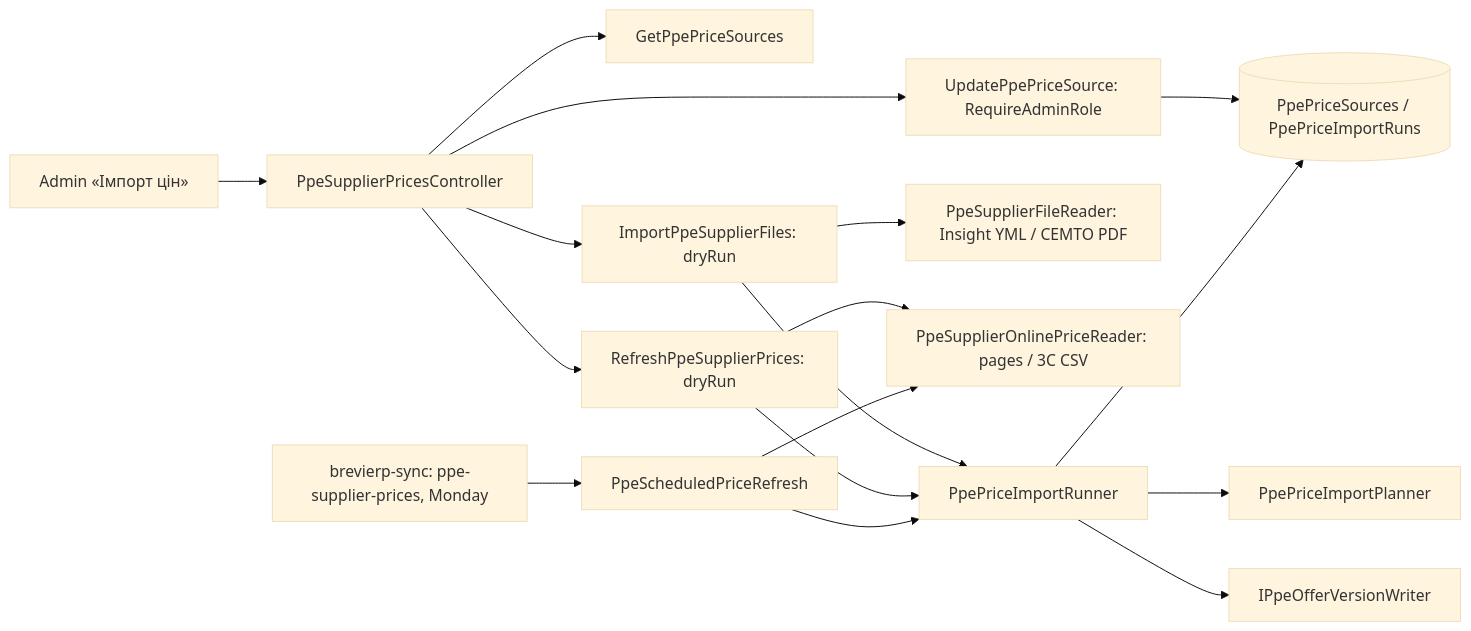
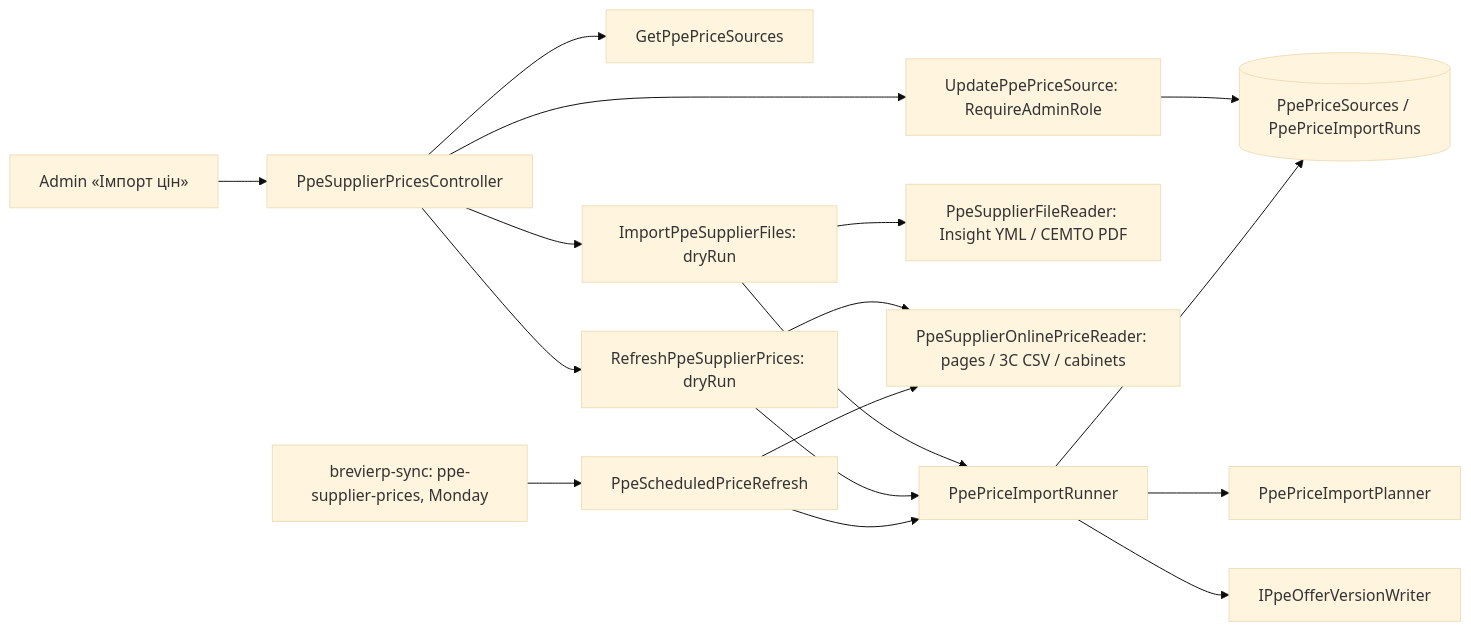
The diagram in docs/sdd/features/catalog/ppe-supplier-prices.md (Weretik/BreviERP), drawn with Mermaid (base theme) before and after one commit. The commit also changed other lines of this file and 27 other files, not shown here.

````diff
--- a/docs/sdd/features/catalog/ppe-supplier-prices.md
+++ b/docs/sdd/features/catalog/ppe-supplier-prices.md
@@ -7,19 +7,19 @@
 ```mermaid
 flowchart LR
   Admin[Admin «Імпорт цін»] --> API[PpeSupplierPricesController]
   API --> List[GetPpePriceSources]
   API --> Settings[UpdatePpePriceSource: RequireAdminRole]
   API --> Import[ImportPpeSupplierFiles: dryRun]
   API --> Refresh[RefreshPpeSupplierPrices: dryRun]
   Job[brevierp-sync: ppe-supplier-prices, Monday] --> Scheduled[PpeScheduledPriceRefresh]
   Import --> Reader[PpeSupplierFileReader: Insight YML / СЕМТО PDF]
-  Refresh --> Online[PpeSupplierOnlinePriceReader: pages / 3C CSV]
+  Refresh --> Online[PpeSupplierOnlinePriceReader: pages / 3C CSV / cabinets]
   Scheduled --> Online
   Import --> Runner[PpePriceImportRunner]
   Refresh --> Runner
   Scheduled --> Runner
   Runner --> Planner[PpePriceImportPlanner]
   Runner --> Offers[IPpeOfferVersionWriter]
   Settings --> Store[(PpePriceSources / PpePriceImportRuns)]
   Runner --> Store
 ```
````
